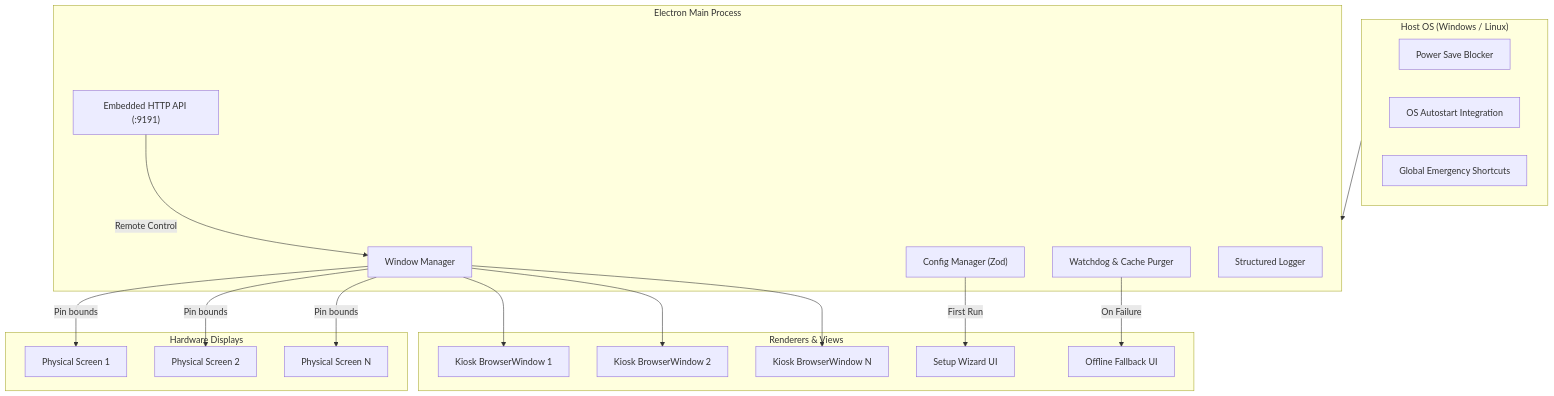
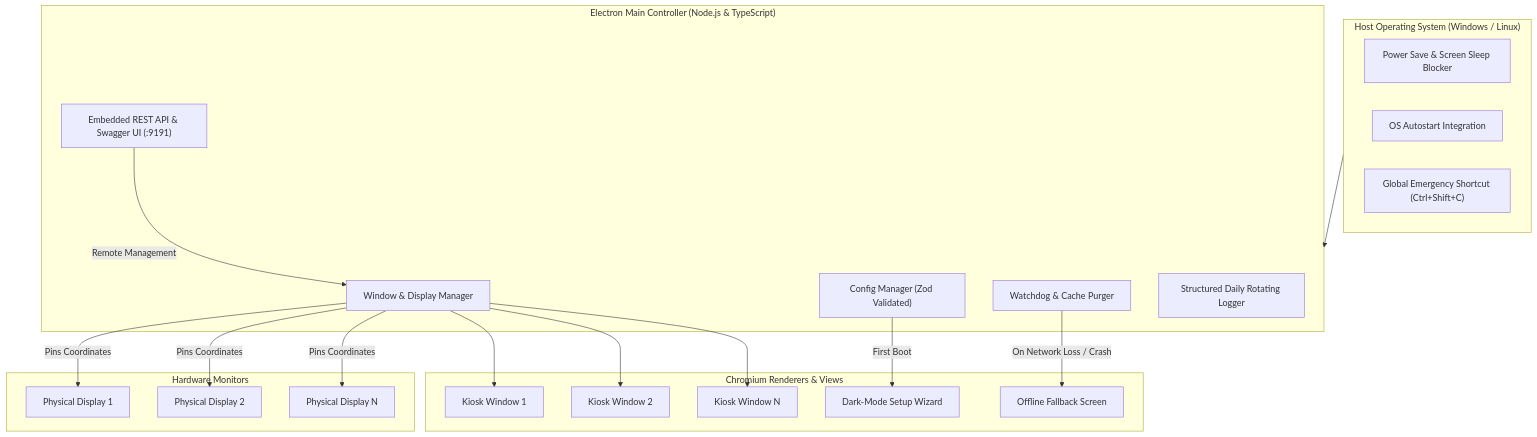
The diagram in README.md (mcontartesi/webpage-signage-runner), drawn with Mermaid before and after one commit. The commit also changed other lines of this file and 8 other files, not shown here.

````diff
--- a/README.md
+++ b/README.md
@@ -97,41 +137,41 @@
 ```mermaid
 flowchart TD
-    subgraph HostOS["Host OS (Windows / Linux)"]
-        Power["Power Save Blocker"]
+    subgraph HostOS["Host Operating System (Windows / Linux)"]
+        Power["Power Save & Screen Sleep Blocker"]
         AutoStart["OS Autostart Integration"]
-        Hotkeys["Global Emergency Shortcuts"]
+        Hotkeys["Global Emergency Shortcut (Ctrl+Shift+C)"]
     end
 
-    subgraph MainProcess["Electron Main Process"]
-        WM["Window Manager"]
-        CM["Config Manager (Zod)"]
+    subgraph MainProcess["Electron Main Controller (Node.js & TypeScript)"]
+        WM["Window & Display Manager"]
+        CM["Config Manager (Zod Validated)"]
         WD["Watchdog & Cache Purger"]
-        API["Embedded HTTP API (:9191)"]
-        Log["Structured Logger"]
+        API["Embedded REST API & Swagger UI (:9191)"]
+        Log["Structured Daily Rotating Logger"]
     end
 
-    subgraph Displays["Hardware Displays"]
-        D1["Physical Screen 1"]
-        D2["Physical Screen 2"]
-        DN["Physical Screen N"]
+    subgraph Hardware["Hardware Monitors"]
+        D1["Physical Display 1"]
+        D2["Physical Display 2"]
+        DN["Physical Display N"]
     end
 
-    subgraph Renderers["Renderers & Views"]
-        UI1["Kiosk BrowserWindow 1"]
-        UI2["Kiosk BrowserWindow 2"]
-        UIN["Kiosk BrowserWindow N"]
-        Offline["Offline Fallback UI"]
-        Setup["Setup Wizard UI"]
+    subgraph Renderers["Chromium Renderers & Views"]
+        UI1["Kiosk Window 1"]
+        UI2["Kiosk Window 2"]
+        UIN["Kiosk Window N"]
+        Offline["Offline Fallback Screen"]
+        Setup["Dark-Mode Setup Wizard"]
     end
 
     HostOS --> MainProcess
-    WM -->|"Pin bounds"| D1
-    WM -->|"Pin bounds"| D2
-    WM -->|"Pin bounds"| DN
+    WM -->|"Pins Coordinates"| D1
+    WM -->|"Pins Coordinates"| D2
+    WM -->|"Pins Coordinates"| DN
     WM --> UI1
     WM --> UI2
     WM --> UIN
-    WD -->|"On Failure"| Offline
-    CM -->|"First Run"| Setup
-    API -->|"Remote Control"| WM
+    WD -->|"On Network Loss / Crash"| Offline
+    CM -->|"First Boot"| Setup
+    API -->|"Remote Management"| WM
 ```
````
